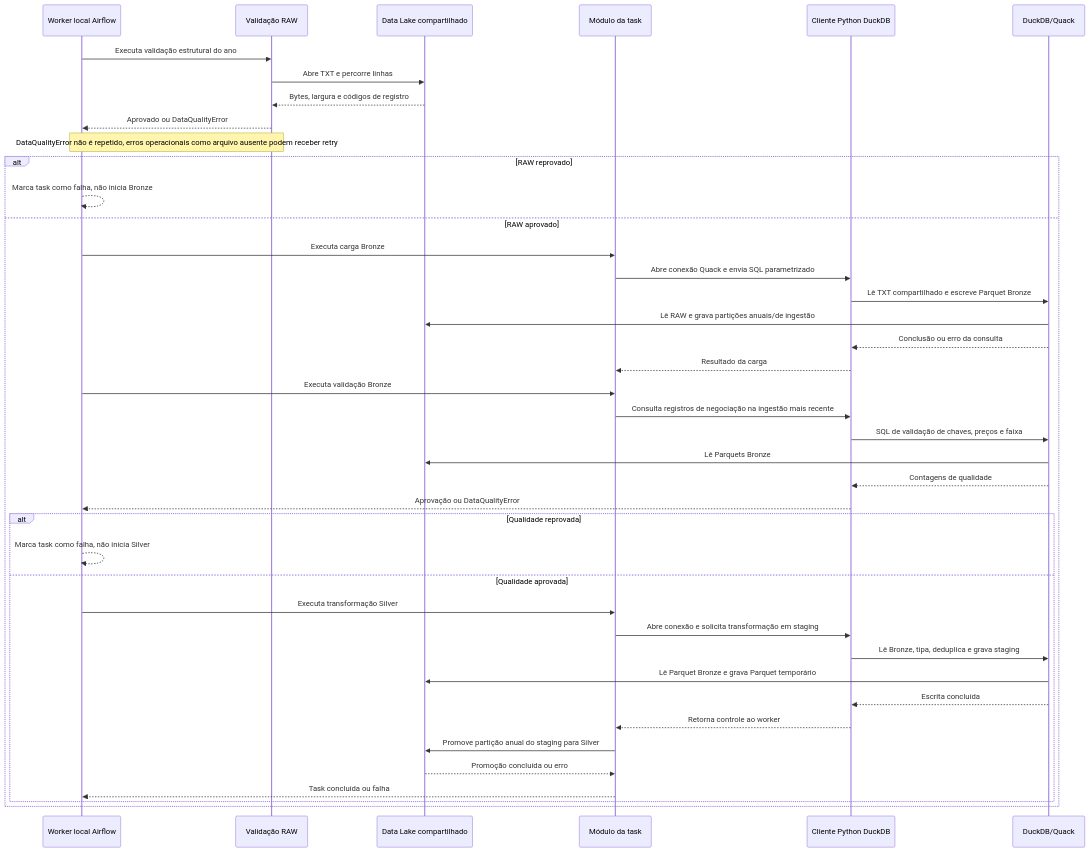
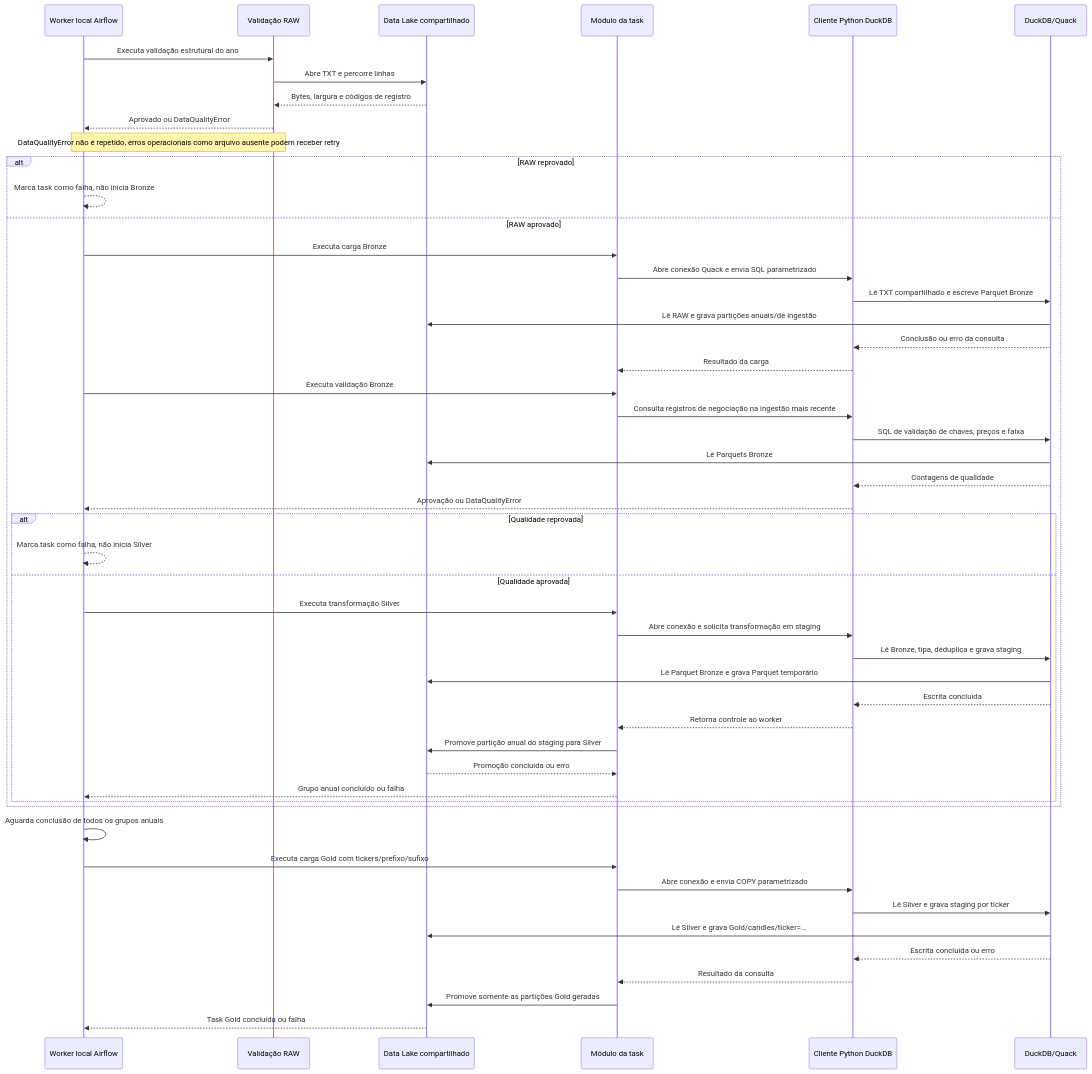
Before and after one commit to BiellBatista/Python.DataEngineering: the second of 2 diagrams in B3-Pipelines/docs/historical-series/diagrama-sequencia.md, drawn with Mermaid. The commit also changed other lines of this file and 31 other files, not shown here.

First line of the commit message:
feat: add Gold layer for candles in B3-Pipelines

````diff
--- a/B3-Pipelines/docs/historical-series/diagrama-sequencia.md
+++ b/B3-Pipelines/docs/historical-series/diagrama-sequencia.md
@@ -37,44 +37,53 @@
 ```mermaid
 sequenceDiagram
     participant Worker as Worker local Airflow
     participant RawCheck as Validação RAW
     participant Lake as Data Lake compartilhado
     participant Loader as Módulo da task
     participant Client as Cliente Python DuckDB
     participant Quack as DuckDB/Quack
 
     Worker->>RawCheck: Executa validação estrutural do ano
     RawCheck->>Lake: Abre TXT e percorre linhas
     Lake-->>RawCheck: Bytes, largura e códigos de registro
     RawCheck-->>Worker: Aprovado ou DataQualityError
     Note over Worker,RawCheck: DataQualityError não é repetido, erros operacionais como arquivo ausente podem receber retry
     alt RAW reprovado
         Worker-->>Worker: Marca task como falha, não inicia Bronze
     else RAW aprovado
         Worker->>Loader: Executa carga Bronze
         Loader->>Client: Abre conexão Quack e envia SQL parametrizado
         Client->>Quack: Lê TXT compartilhado e escreve Parquet Bronze
         Quack->>Lake: Lê RAW e grava partições anuais/de ingestão
         Quack-->>Client: Conclusão ou erro da consulta
         Client-->>Loader: Resultado da carga
         Worker->>Loader: Executa validação Bronze
         Loader->>Client: Consulta registros de negociação na ingestão mais recente
         Client->>Quack: SQL de validação de chaves, preços e faixa
         Quack->>Lake: Lê Parquets Bronze
         Quack-->>Client: Contagens de qualidade
         Client-->>Worker: Aprovação ou DataQualityError
         alt Qualidade reprovada
             Worker-->>Worker: Marca task como falha, não inicia Silver
         else Qualidade aprovada
             Worker->>Loader: Executa transformação Silver
             Loader->>Client: Abre conexão e solicita transformação em staging
             Client->>Quack: Lê Bronze, tipa, deduplica e grava staging
             Quack->>Lake: Lê Parquet Bronze e grava Parquet temporário
             Quack-->>Client: Escrita concluída
             Client-->>Loader: Retorna controle ao worker
             Loader->>Lake: Promove partição anual do staging para Silver
             Lake-->>Loader: Promoção concluída ou erro
-            Loader-->>Worker: Task concluída ou falha
+            Loader-->>Worker: Grupo anual concluído ou falha
         end
     end
+    Worker->>Worker: Aguarda conclusão de todos os grupos anuais
+    Worker->>Loader: Executa carga Gold com tickers/prefixo/sufixo
+    Loader->>Client: Abre conexão e envia COPY parametrizado
+    Client->>Quack: Lê Silver e grava staging por ticker
+    Quack->>Lake: Lê Silver e grava Gold/candles/ticker=...
+    Quack-->>Client: Escrita concluída ou erro
+    Client-->>Loader: Resultado da consulta
+    Loader->>Lake: Promove somente as partições Gold geradas
+    Lake-->>Worker: Task Gold concluída ou falha
 ```
````
